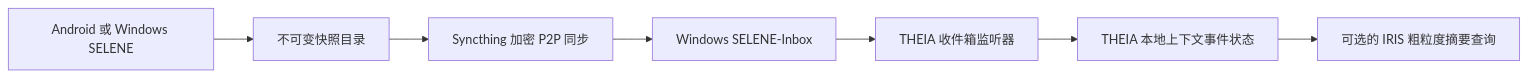
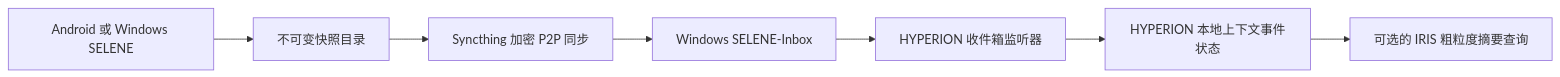
One commit to bakahuiii/HYPERION changed the diagram in docs/SELENE_P2P_SYNC.zh-CN.md. Above: the diagram before and after it, drawn with Mermaid. The commit also changed other lines of this file and 125 other files, not shown here.

````diff
--- a/docs/SELENE_P2P_SYNC.zh-CN.md
+++ b/docs/SELENE_P2P_SYNC.zh-CN.md
@@ -10,9 +10,9 @@
 ```mermaid
 flowchart LR
   A["Android 或 Windows SELENE"] --> B["不可变快照目录"]
   B --> C["Syncthing 加密 P2P 同步"]
   C --> D["Windows SELENE-Inbox"]
-  D --> E["THEIA 收件箱监听器"]
-  E --> F["THEIA 本地上下文事件状态"]
+  D --> E["HYPERION 收件箱监听器"]
+  E --> F["HYPERION 本地上下文事件状态"]
   F --> G["可选的 IRIS 粗粒度摘要查询"]
 ```
````
